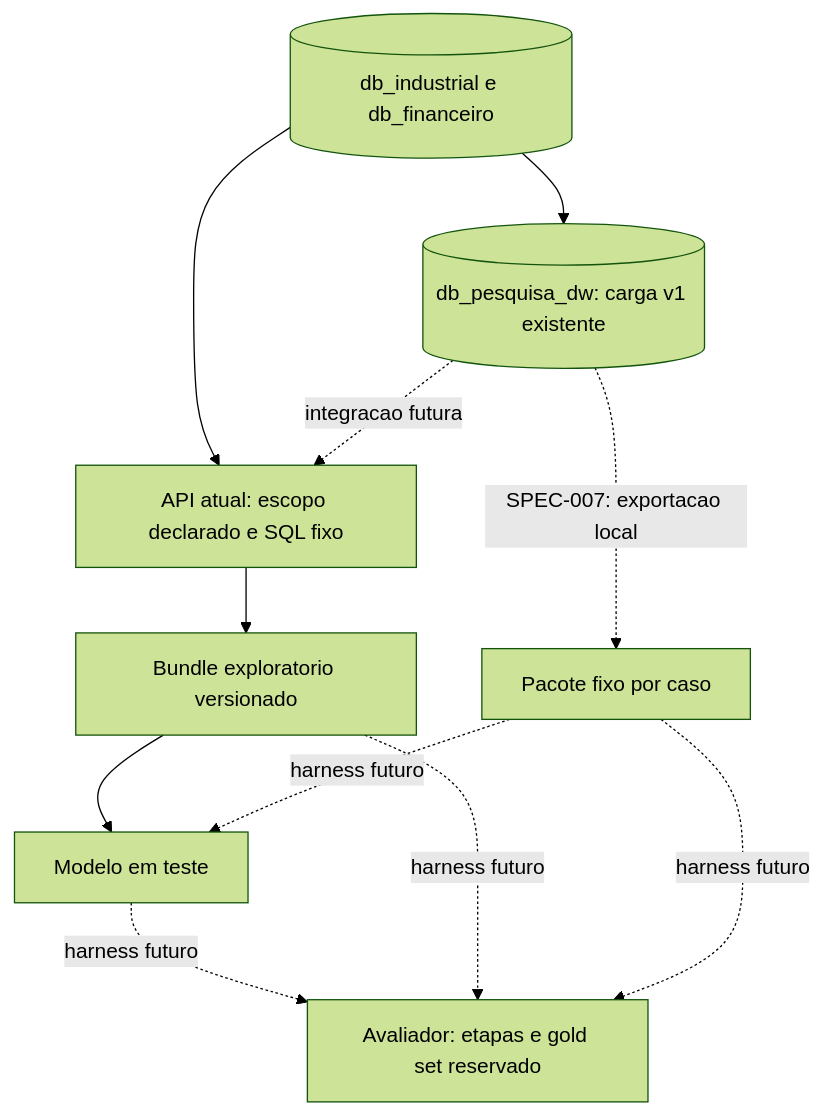
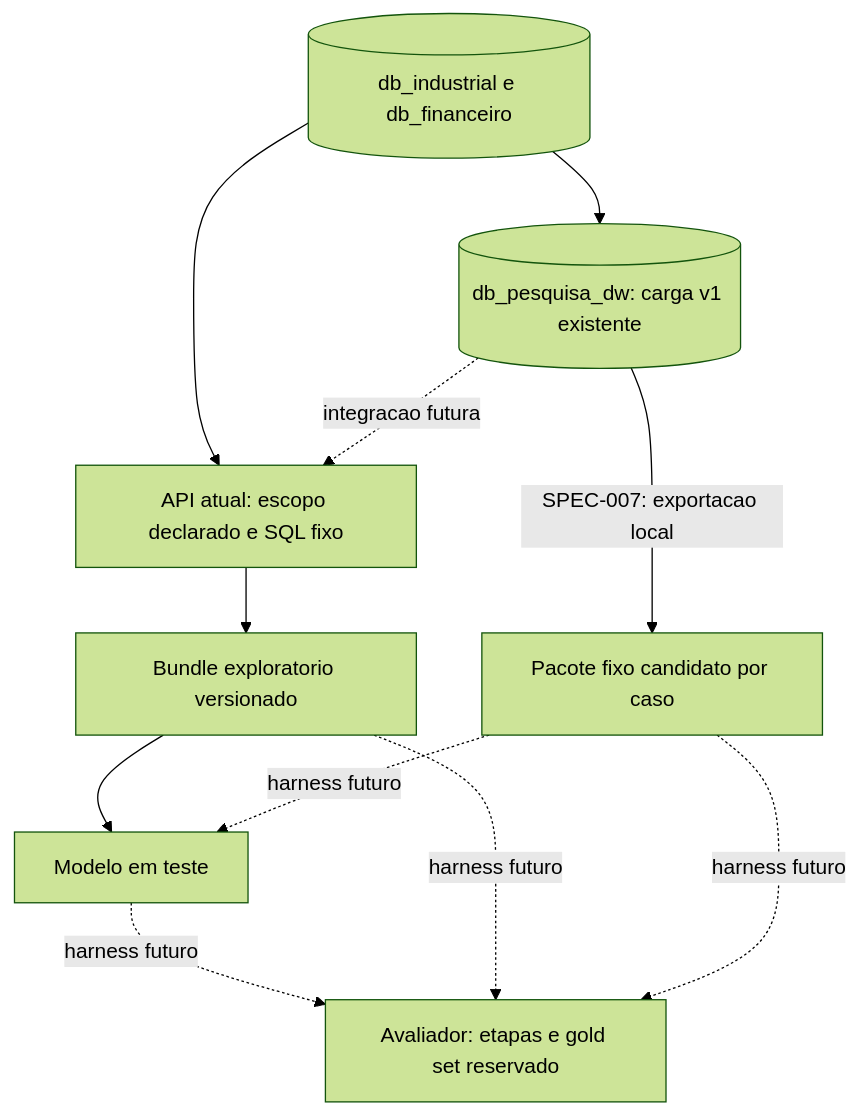
Before and after one commit to viniciusjsdev/Pesquisa_IC_IA: the diagram in BancoModeloUse/docs/arquitetura_avaliacao_modelos.md, drawn with Mermaid (forest theme). The commit also changed other lines of this file and 88 other files, not shown here.

````diff
--- a/BancoModeloUse/docs/arquitetura_avaliacao_modelos.md
+++ b/BancoModeloUse/docs/arquitetura_avaliacao_modelos.md
@@ -13,13 +13,13 @@
 ```mermaid
 flowchart TD
     S[(db_industrial e db_financeiro)] --> O[API atual: escopo declarado e SQL fixo]
     S --> D[(db_pesquisa_dw: carga v1 existente)]
     O --> E[Bundle exploratorio versionado]
-    D -. SPEC-007: exportacao local .-> P[Pacote fixo por caso]
+    D -->|SPEC-007: exportacao local| P[Pacote fixo candidato por caso]
     D -. integracao futura .-> O
     E --> M[Modelo em teste]
     P -. harness futuro .-> M
     M -. harness futuro .-> H[Avaliador: etapas e gold set reservado]
     E -. harness futuro .-> H
     P -. harness futuro .-> H
 ```
````
